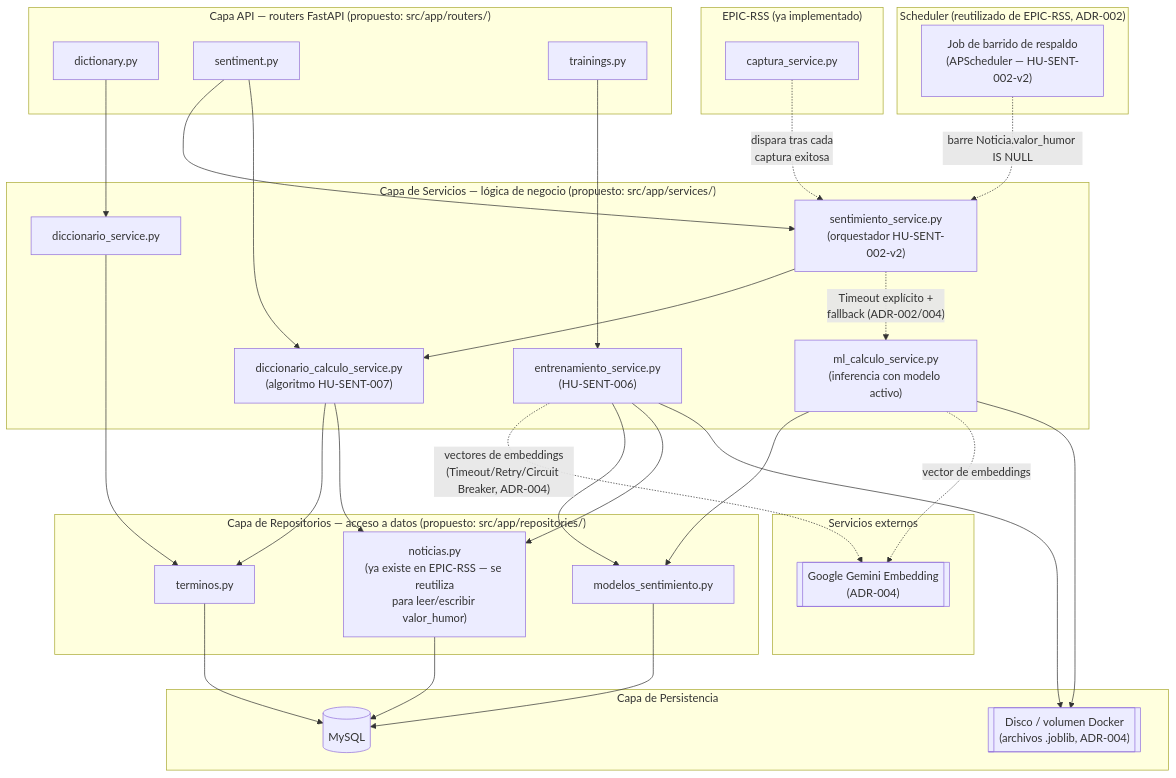
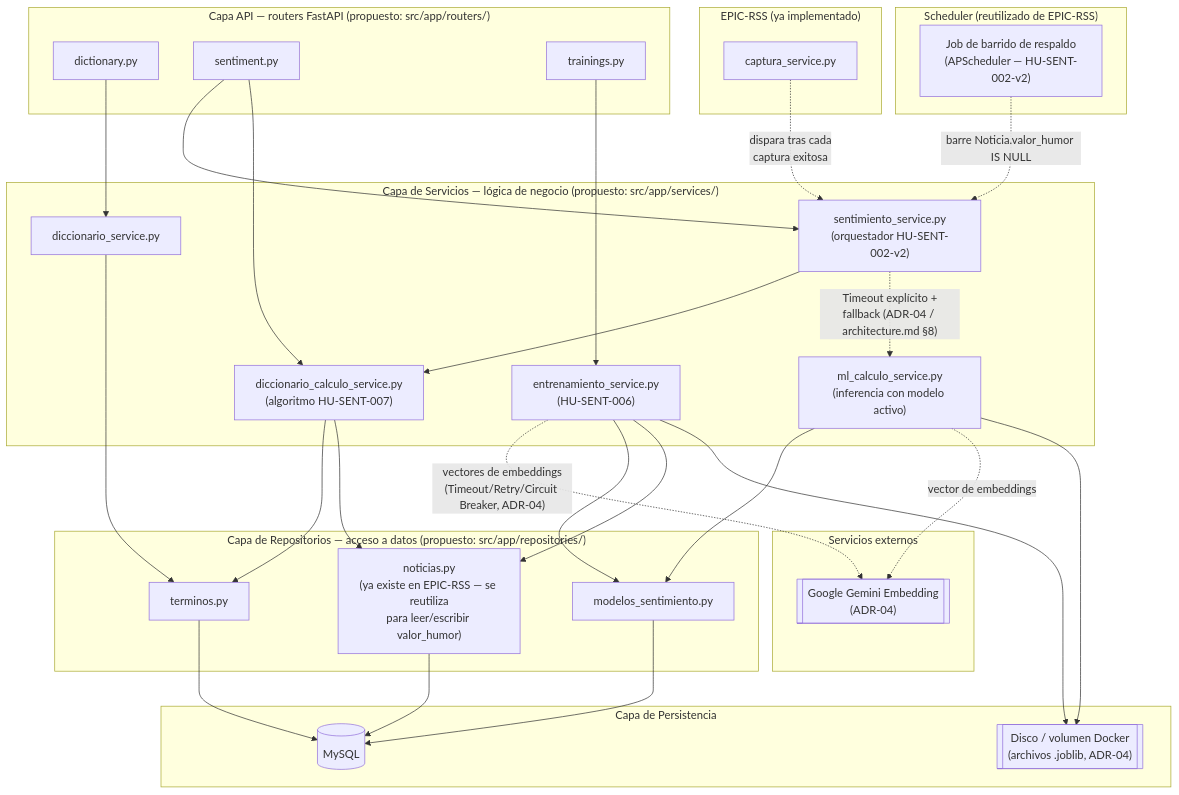
The diagram in docs/UML/diagrama-componentes-sentimiento.md (Lin0u/Equipo3-Humworld), drawn with Mermaid before and after one commit. The commit also changed other lines of this file and 14 other files, not shown here.

````diff
--- a/docs/UML/diagrama-componentes-sentimiento.md
+++ b/docs/UML/diagrama-componentes-sentimiento.md
@@ -9,64 +9,64 @@
 ```mermaid
 flowchart TB
     subgraph API["Capa API — routers FastAPI (propuesto: src/app/routers/)"]
         RDict["dictionary.py"]
         RSent["sentiment.py"]
         RTrain["trainings.py"]
     end
 
     subgraph SVC["Capa de Servicios — lógica de negocio (propuesto: src/app/services/)"]
         SDict["diccionario_service.py"]
         SCalc["sentimiento_service.py\n(orquestador HU-SENT-002-v2)"]
         SDicAlgo["diccionario_calculo_service.py\n(algoritmo HU-SENT-007)"]
         SML["ml_calculo_service.py\n(inferencia con modelo activo)"]
         STrain["entrenamiento_service.py\n(HU-SENT-006)"]
     end
 
     subgraph REPO["Capa de Repositorios — acceso a datos (propuesto: src/app/repositories/)"]
         RepoTerminos["terminos.py"]
         RepoNoticias["noticias.py\n(ya existe en EPIC-RSS — se reutiliza\npara leer/escribir valor_humor)"]
         RepoModelos["modelos_sentimiento.py"]
     end
 
     subgraph PERSIST["Capa de Persistencia"]
         MySQL[("MySQL")]
-        Disco[["Disco / volumen Docker\n(archivos .joblib, ADR-004)"]]
+        Disco[["Disco / volumen Docker\n(archivos .joblib, ADR-04)"]]
     end
 
     subgraph EXT["Servicios externos"]
-        Gemini[["Google Gemini Embedding\n(ADR-004)"]]
+        Gemini[["Google Gemini Embedding\n(ADR-04)"]]
     end
 
-    subgraph SCHED["Scheduler (reutilizado de EPIC-RSS, ADR-002)"]
+    subgraph SCHED["Scheduler (reutilizado de EPIC-RSS)"]
         Job["Job de barrido de respaldo\n(APScheduler — HU-SENT-002-v2)"]
     end
 
     subgraph RSSMOD["EPIC-RSS (ya implementado)"]
         SCaptura["captura_service.py"]
     end
 
     RDict --> SDict
     RSent --> SCalc
     RSent --> SDicAlgo
     RTrain --> STrain
 
     SDict --> RepoTerminos
     SCalc --> SDicAlgo
-    SCalc -. "Timeout explícito +\nfallback (ADR-002/004)" .-> SML
+    SCalc -. "Timeout explícito +\nfallback (ADR-04 / architecture.md §8)" .-> SML
     SDicAlgo --> RepoTerminos
     SDicAlgo --> RepoNoticias
     SML --> RepoModelos
     SML -. "vector de embeddings" .-> Gemini
-    STrain -. "vectores de embeddings\n(Timeout/Retry/Circuit Breaker, ADR-004)" .-> Gemini
+    STrain -. "vectores de embeddings\n(Timeout/Retry/Circuit Breaker, ADR-04)" .-> Gemini
     STrain --> RepoModelos
     STrain --> RepoNoticias
     STrain --> Disco
     SML --> Disco
 
     RepoTerminos --> MySQL
     RepoNoticias --> MySQL
     RepoModelos --> MySQL
 
     SCaptura -. "dispara tras cada\ncaptura exitosa" .-> SCalc
     Job -. "barre Noticia.valor_humor IS NULL" .-> SCalc
 ```
````
